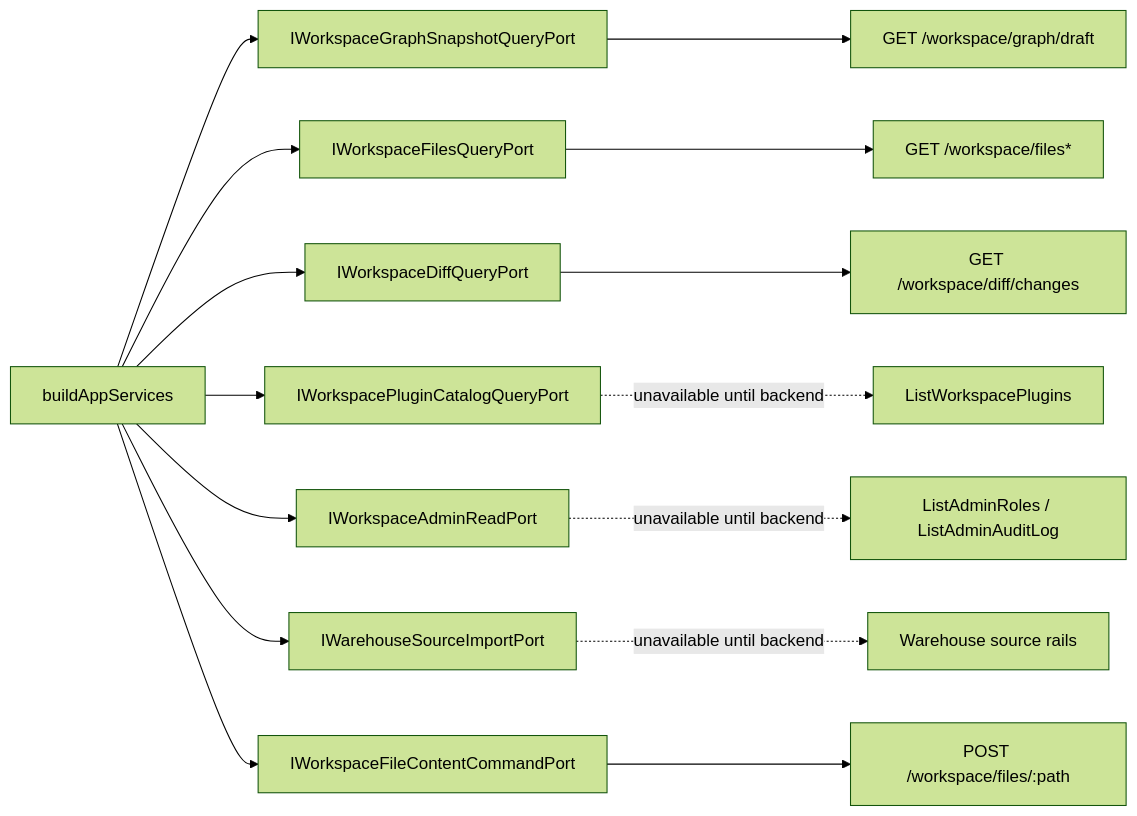
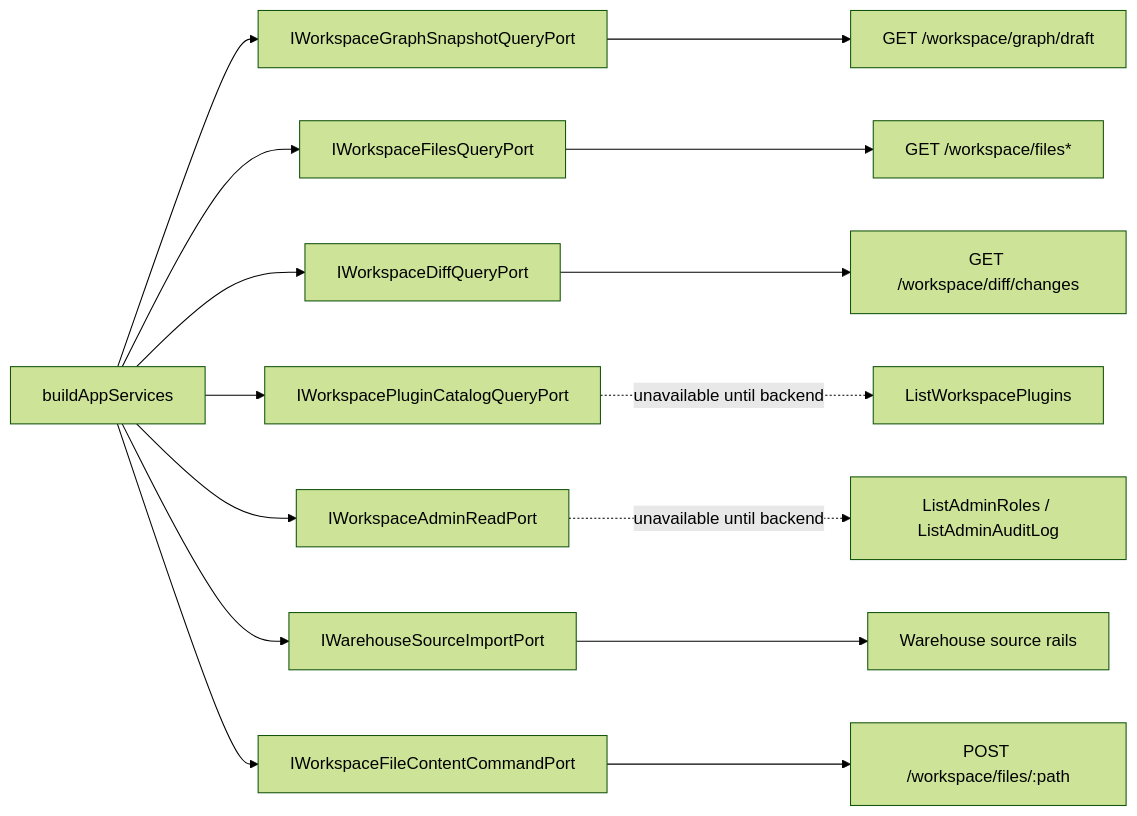
Before and after one commit to dunay2/dvt: the second of 3 diagrams in docs/architecture/components/web/workspace/workspace-port-decomposition-component.md, drawn with Mermaid (forest theme). The commit also changed other lines of this file and 5 other files, not shown here.

````diff
--- a/docs/architecture/components/web/workspace/workspace-port-decomposition-component.md
+++ b/docs/architecture/components/web/workspace/workspace-port-decomposition-component.md
@@ -77,27 +77,27 @@
 ```mermaid
 flowchart LR
   Composition["buildAppServices"]
   Graph["IWorkspaceGraphSnapshotQueryPort"]
   Files["IWorkspaceFilesQueryPort"]
   Diff["IWorkspaceDiffQueryPort"]
   Plugins["IWorkspacePluginCatalogQueryPort"]
   Admin["IWorkspaceAdminReadPort"]
   Import["IWarehouseSourceImportPort"]
   FileWrite["IWorkspaceFileContentCommandPort"]
 
   Composition --> Graph
   Composition --> Files
   Composition --> Diff
   Composition --> Plugins
   Composition --> Admin
   Composition --> Import
   Composition --> FileWrite
 
   Graph --> GraphRoute["GET /workspace/graph/draft"]
   Files --> FileRoutes["GET /workspace/files*"]
   Diff --> DiffRail["GET /workspace/diff/changes"]
   Plugins -. unavailable until backend .-> PluginRail["ListWorkspacePlugins"]
   Admin -. unavailable until backend .-> AdminRails["ListAdminRoles / ListAdminAuditLog"]
-  Import -. unavailable until backend .-> ImportRails["Warehouse source rails"]
+  Import --> ImportRails["Warehouse source rails"]
   FileWrite --> WriteRail["POST /workspace/files/:path"]
 ```
````
